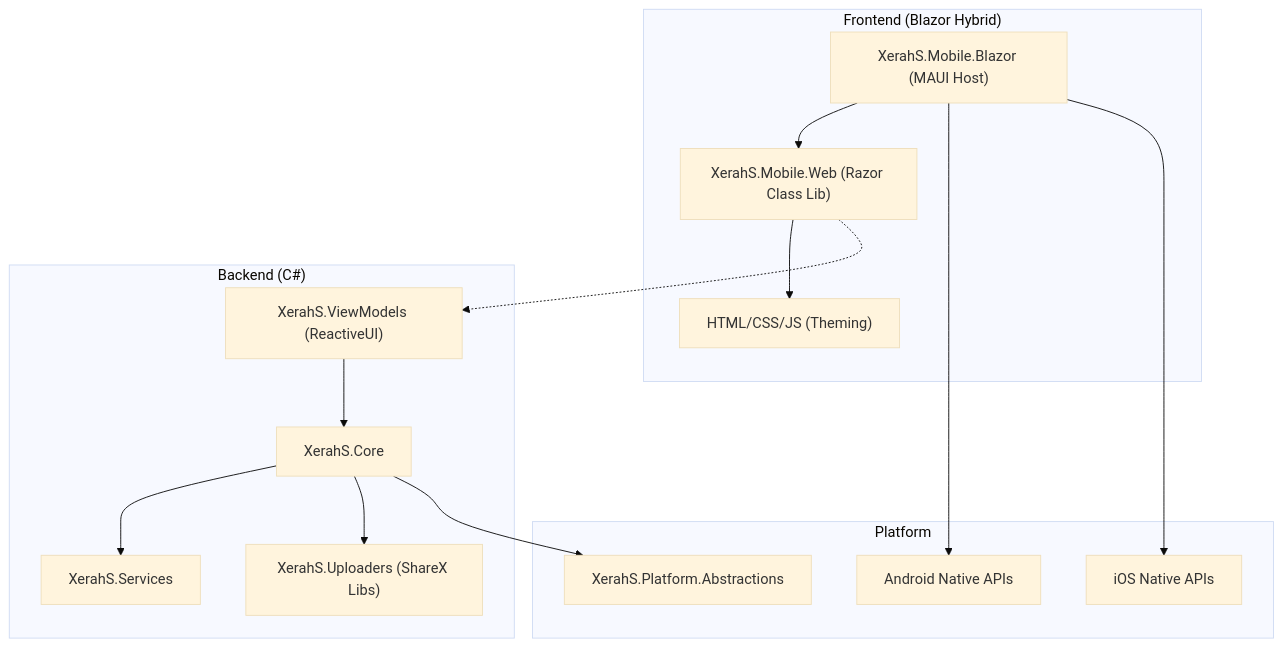
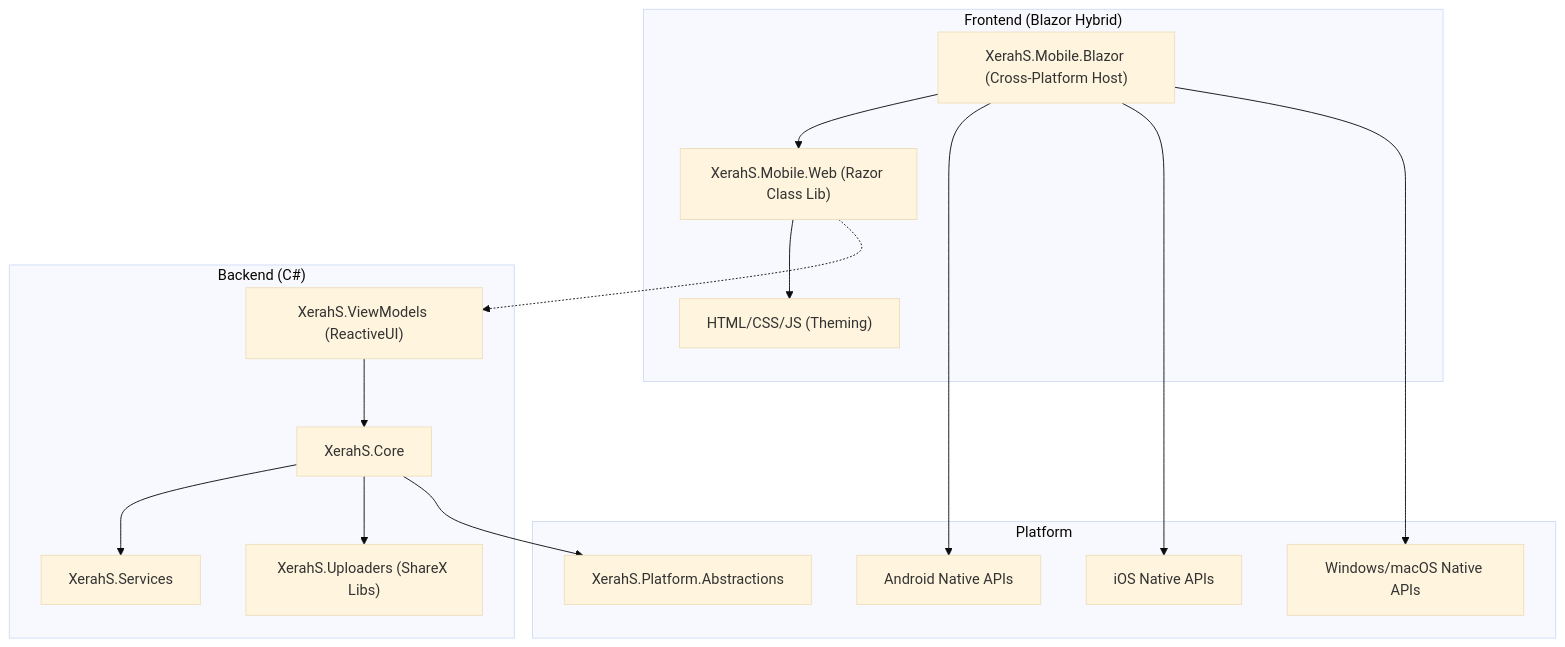
The diagram in docs/reports/FEASIBILITY_REPORT_JS_CSS_MIGRATION.md (ShareX/XerahS), drawn with Mermaid (base theme) before and after one commit. The commit also changed other lines of this file, not shown here.

````diff
--- a/docs/reports/FEASIBILITY_REPORT_JS_CSS_MIGRATION.md
+++ b/docs/reports/FEASIBILITY_REPORT_JS_CSS_MIGRATION.md
@@ -73,20 +84,21 @@
 ```mermaid
 graph TD
     subgraph "Frontend (Blazor Hybrid)"
         Web["XerahS.Mobile.Web (Razor Class Lib)"] --> HTML["HTML/CSS/JS (Theming)"]
-        BlazorApp["XerahS.Mobile.Blazor (MAUI Host)"] --> Web
+        BlazorApp["XerahS.Mobile.Blazor (Cross-Platform Host)"] --> Web
     end
 
     subgraph "Backend (C#)"
         Web -.-> ViewModels["XerahS.ViewModels (ReactiveUI)"]
         ViewModels --> Core["XerahS.Core"]
         Core --> Services["XerahS.Services"]
         Core --> Uploaders["XerahS.Uploaders (ShareX Libs)"]
     end
 
     subgraph "Platform"
         BlazorApp --> Android["Android Native APIs"]
         BlazorApp --> iOS["iOS Native APIs"]
+        BlazorApp --> PC["Windows/macOS Native APIs"]
         Core --> Abstractions["XerahS.Platform.Abstractions"]
     end
 ```
````
